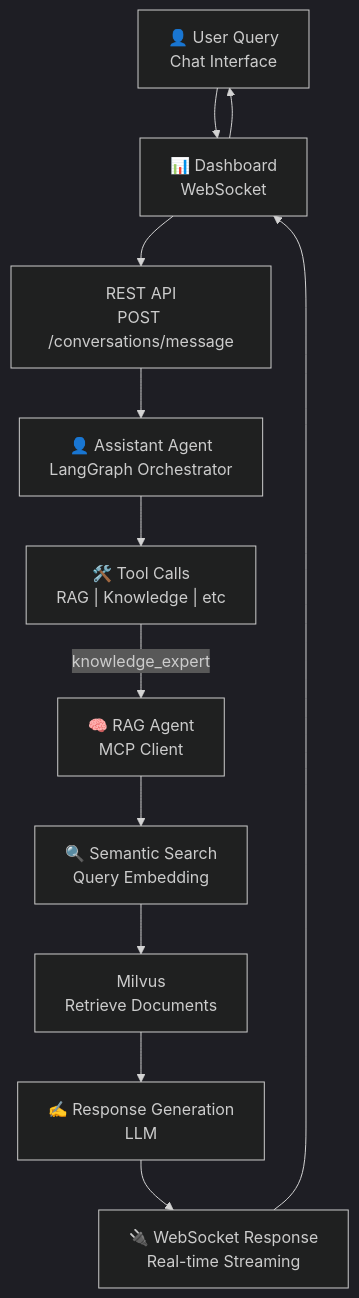
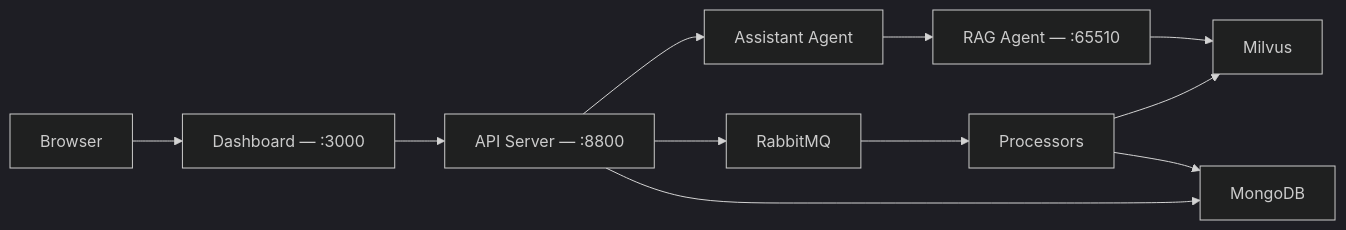
The first of 3 diagrams in README.md (bassem-elsodany/datapilotflow), drawn with Mermaid (dark theme) before and after one commit. The commit also changed other lines of this file and 39 other files, not shown here.

````diff
--- a/README.md
+++ b/README.md
@@ -432,28 +111,13 @@
 ```mermaid
-graph TD
-    User["👤 User Query<br/>Chat Interface"]
-    Dashboard["📊 Dashboard<br/>WebSocket"]
-    API["REST API<br/>POST /conversations/message"]
-
-    AssistantAgent["👤 Assistant Agent<br/>LangGraph Orchestrator"]
-    ToolCalls["🛠️ Tool Calls<br/>RAG | Knowledge | etc"]
-
-    RAGAgent["🧠 RAG Agent<br/>MCP Client"]
-    SemanticSearch["🔍 Semantic Search<br/>Query Embedding"]
-    VectorDB["Milvus<br/>Retrieve Documents"]
-
-    ResponseGen["✍️ Response Generation<br/>LLM"]
-    WebSocket["🔌 WebSocket Response<br/>Real-time Streaming"]
-
-    User --> Dashboard
-    Dashboard --> API
-    API --> AssistantAgent
-    AssistantAgent --> ToolCalls
-    ToolCalls -->|knowledge_expert| RAGAgent
-    RAGAgent --> SemanticSearch
-    SemanticSearch --> VectorDB
-    VectorDB --> ResponseGen
-    ResponseGen --> WebSocket
-    WebSocket --> Dashboard
-    Dashboard --> User
+graph LR
+    User["Browser"] --> Dashboard["Dashboard — :3000"]
+    Dashboard --> API["API Server — :8800"]
+    API --> Agent["Assistant Agent"]
+    Agent --> RAG["RAG Agent — :65510"]
+    RAG --> Milvus["Milvus"]
+    API --> RabbitMQ["RabbitMQ"]
+    RabbitMQ --> Processors["Processors"]
+    Processors --> Milvus
+    Processors --> MongoDB["MongoDB"]
+    API --> MongoDB
 ```
````
